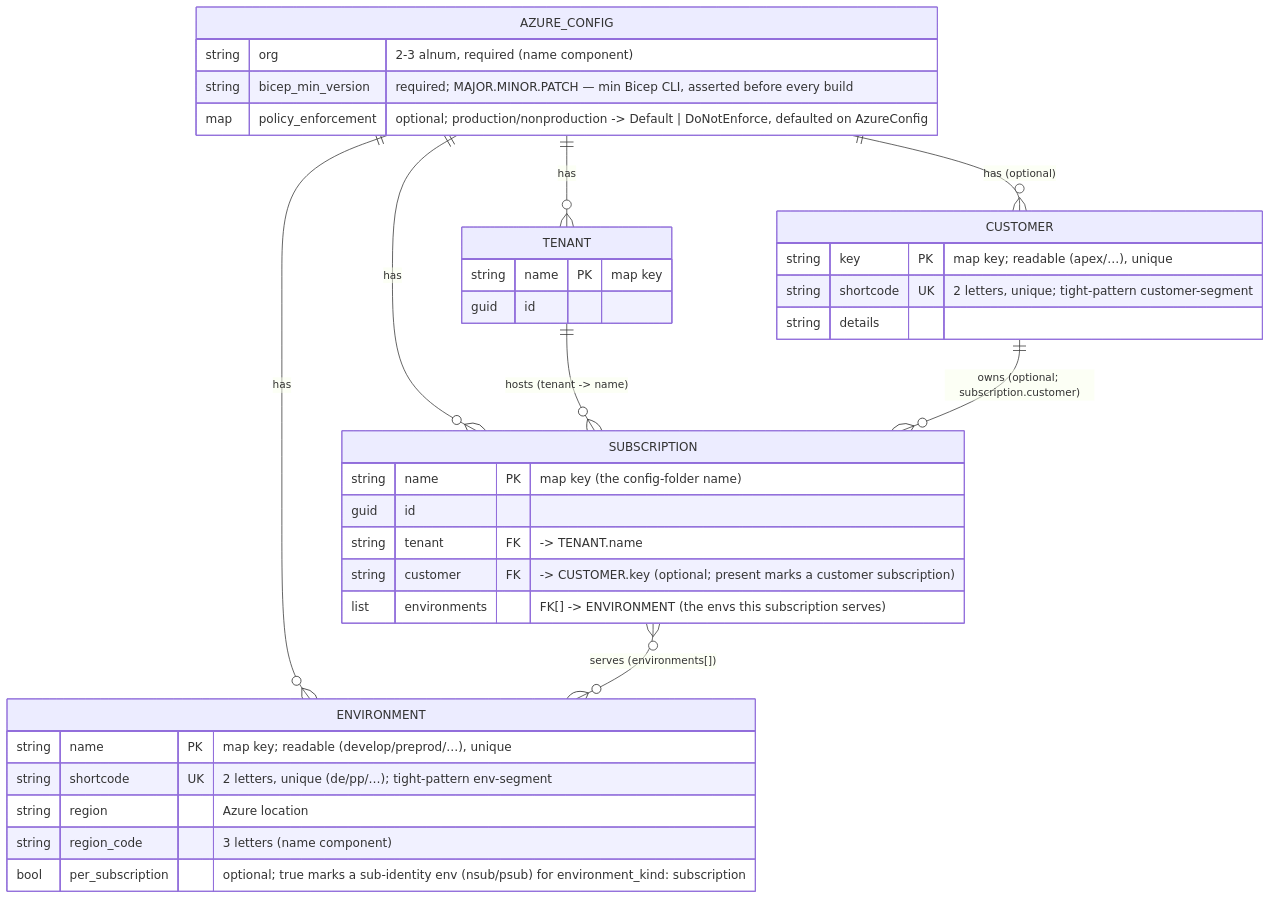
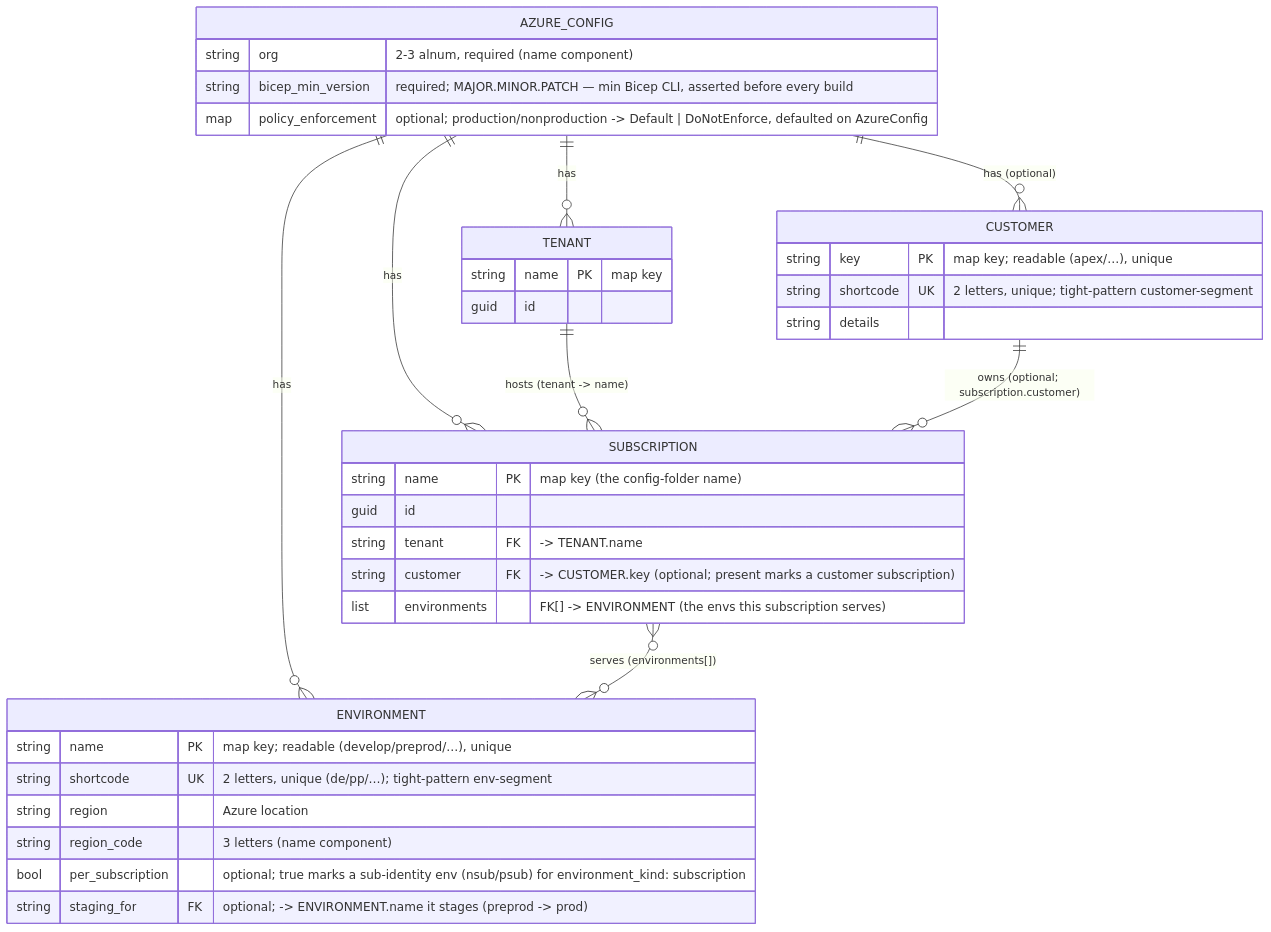
One commit to casperease/catzc changed the first of 2 diagrams in docs/adr/azure/azure-data-model.md. Above: the diagram before and after it, drawn with Mermaid. The commit also changed other lines of this file and 285 other files, not shown here.

````diff
--- a/docs/adr/azure/azure-data-model.md
+++ b/docs/adr/azure/azure-data-model.md
@@ -138,39 +146,40 @@
 ```mermaid
 erDiagram
     AZURE_CONFIG ||--o{ TENANT       : has
     AZURE_CONFIG ||--o{ CUSTOMER     : "has (optional)"
     AZURE_CONFIG ||--o{ ENVIRONMENT  : has
     AZURE_CONFIG ||--o{ SUBSCRIPTION : has
     TENANT       ||--o{ SUBSCRIPTION : "hosts (tenant -> name)"
     CUSTOMER     ||--o{ SUBSCRIPTION : "owns (optional; subscription.customer)"
     SUBSCRIPTION }o--o{ ENVIRONMENT  : "serves (environments[])"
 
     AZURE_CONFIG {
         string org "2-3 alnum, required (name component)"
         string bicep_min_version "required; MAJOR.MINOR.PATCH — min Bicep CLI, asserted before every build"
         map    policy_enforcement "optional; production/nonproduction -> Default | DoNotEnforce, defaulted on AzureConfig"
     }
     TENANT {
         string name PK "map key"
         guid   id
     }
     CUSTOMER {
         string key       PK "map key; readable (apex/…), unique"
         string shortcode UK "2 letters, unique; tight-pattern customer-segment"
         string details
     }
     ENVIRONMENT {
         string name             PK "map key; readable (develop/preprod/…), unique"
         string shortcode        UK "2 letters, unique (de/pp/…); tight-pattern env-segment"
         string region           "Azure location"
         string region_code      "3 letters (name component)"
         bool   per_subscription "optional; true marks a sub-identity env (nsub/psub) for environment_kind: subscription"
+        string staging_for      FK "optional; -> ENVIRONMENT.name it stages (preprod -> prod)"
     }
     SUBSCRIPTION {
         string name     PK "map key (the config-folder name)"
         guid   id
         string tenant   FK "-> TENANT.name"
         string customer FK "-> CUSTOMER.key (optional; present marks a customer subscription)"
         list   environments "FK[] -> ENVIRONMENT (the envs this subscription serves)"
     }
 ```
````
